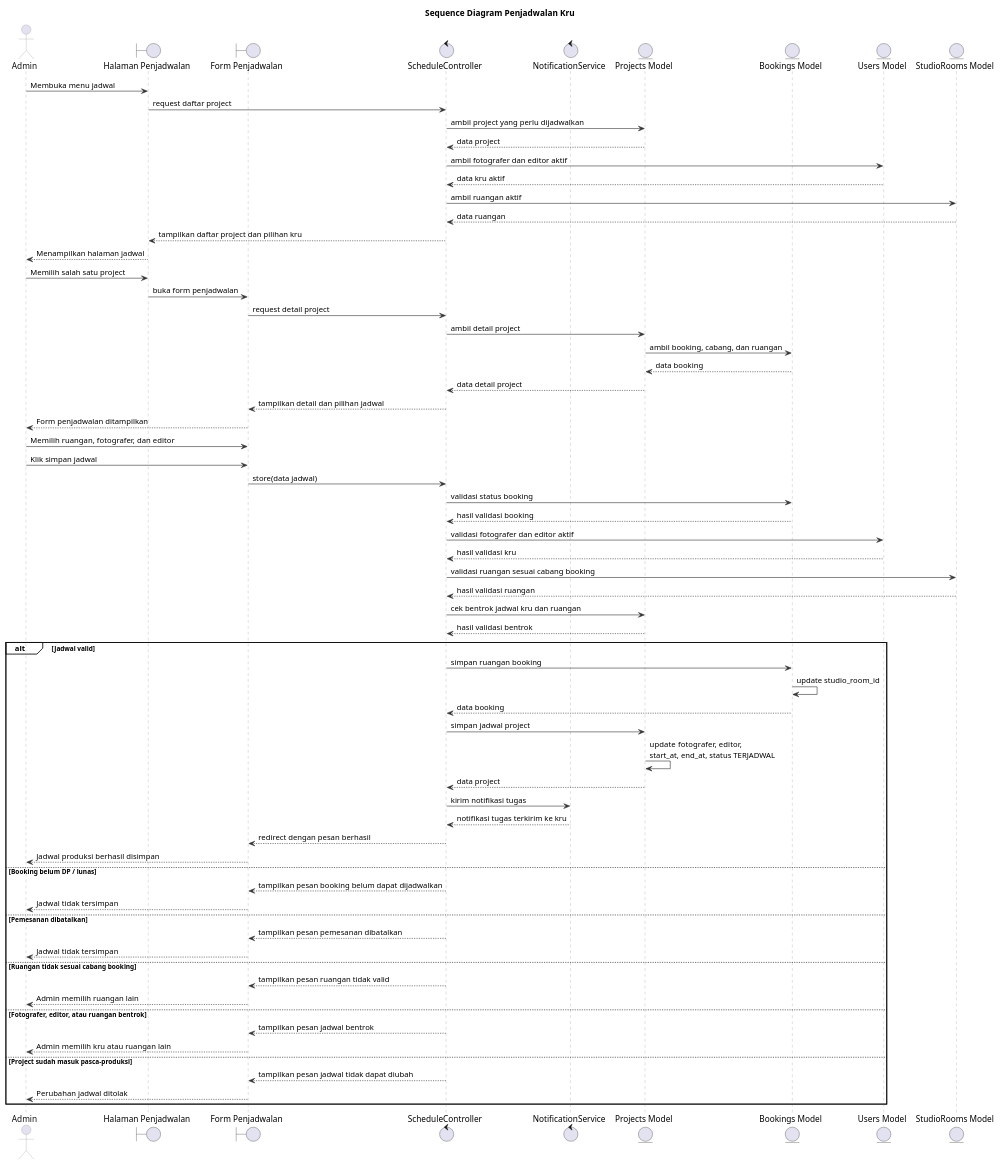
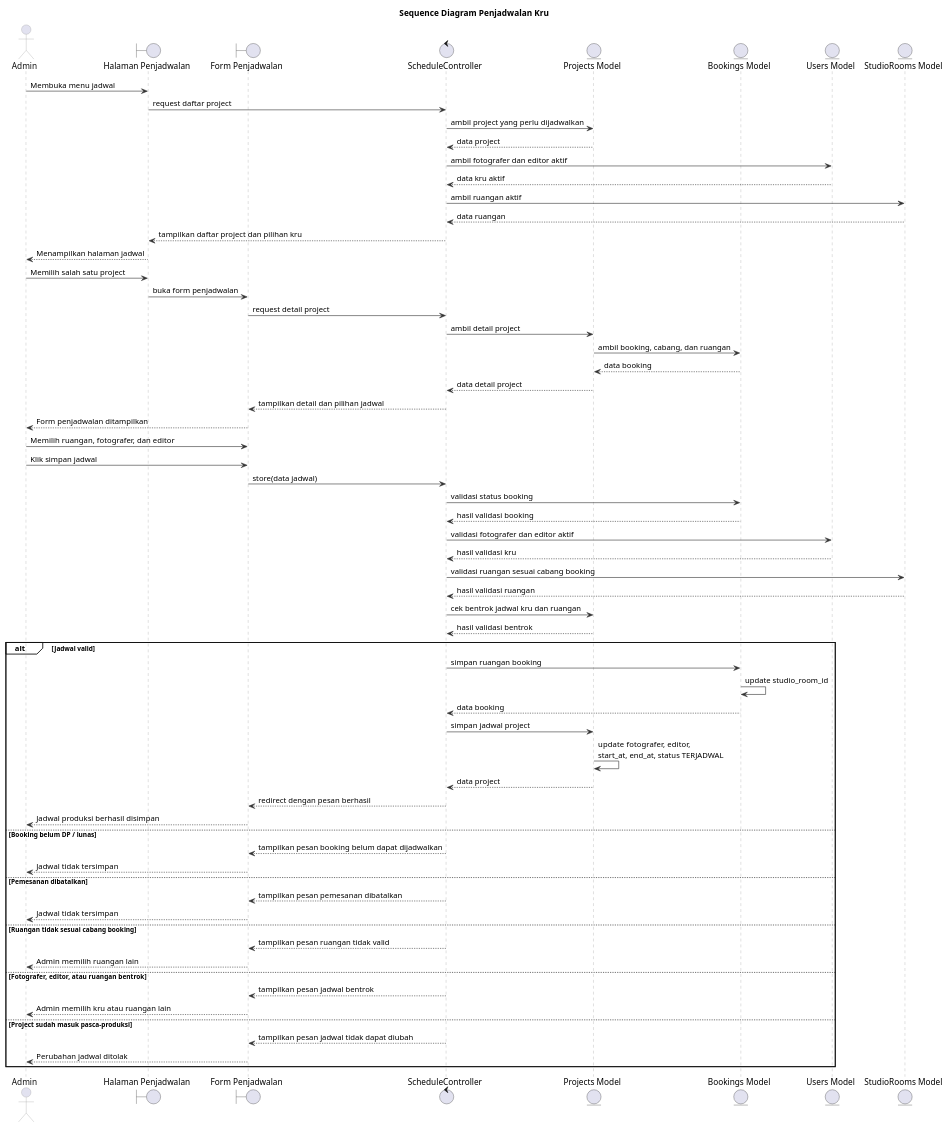
Before and after one commit to Fajrinputra/alterstudio-ta: the diagram in diagrams/sequence/sequence_penjadwalan_kru.puml, drawn with PlantUML. The commit also changed 74 other files, not shown here.

```diff
--- a/diagrams/sequence/sequence_penjadwalan_kru.puml
+++ b/diagrams/sequence/sequence_penjadwalan_kru.puml
@@ -1,95 +1,92 @@
 @startuml
 title Sequence Diagram Penjadwalan Kru
 
 skinparam backgroundColor white
 skinparam shadowing false
 skinparam BoxPadding 4
 skinparam sequence {
     ArrowColor #333333
     LifeLineBorderColor #999999
     LifeLineBackgroundColor white
     ParticipantBorderColor #999999
     ParticipantBackgroundColor #ECEEF8
     ParticipantFontColor #111111
     ActorBorderColor #999999
     ActorFontColor #111111
     BoxBorderColor #111111
     GroupBorderColor #111111
     GroupBackgroundColor transparent
     DividerBorderColor #999999
     DividerFontColor #111111
 }
 
 actor "Admin" as Admin
 boundary "Halaman Penjadwalan" as HalamanJadwal
 boundary "Form Penjadwalan" as FormJadwal
 control "ScheduleController" as ScheduleController
-control "NotificationService" as NotificationService
 entity "Projects Model" as Project
 entity "Bookings Model" as Booking
 entity "Users Model" as User
 entity "StudioRooms Model" as StudioRoom
 
 Admin -> HalamanJadwal : Membuka menu jadwal
 HalamanJadwal -> ScheduleController : request daftar project
 ScheduleController -> Project : ambil project yang perlu dijadwalkan
 Project --> ScheduleController : data project
 ScheduleController -> User : ambil fotografer dan editor aktif
 User --> ScheduleController : data kru aktif
 ScheduleController -> StudioRoom : ambil ruangan aktif
 StudioRoom --> ScheduleController : data ruangan
 ScheduleController --> HalamanJadwal : tampilkan daftar project dan pilihan kru
 HalamanJadwal --> Admin : Menampilkan halaman jadwal
 
 Admin -> HalamanJadwal : Memilih salah satu project
 HalamanJadwal -> FormJadwal : buka form penjadwalan
 FormJadwal -> ScheduleController : request detail project
 ScheduleController -> Project : ambil detail project
 Project -> Booking : ambil booking, cabang, dan ruangan
 Booking --> Project : data booking
 Project --> ScheduleController : data detail project
 ScheduleController --> FormJadwal : tampilkan detail dan pilihan jadwal
 FormJadwal --> Admin : Form penjadwalan ditampilkan
 
 Admin -> FormJadwal : Memilih ruangan, fotografer, dan editor
 Admin -> FormJadwal : Klik simpan jadwal
 FormJadwal -> ScheduleController : store(data jadwal)
 
 ScheduleController -> Booking : validasi status booking
 Booking --> ScheduleController : hasil validasi booking
 ScheduleController -> User : validasi fotografer dan editor aktif
 User --> ScheduleController : hasil validasi kru
 ScheduleController -> StudioRoom : validasi ruangan sesuai cabang booking
 StudioRoom --> ScheduleController : hasil validasi ruangan
 ScheduleController -> Project : cek bentrok jadwal kru dan ruangan
 Project --> ScheduleController : hasil validasi bentrok
 
 alt Jadwal valid
     ScheduleController -> Booking : simpan ruangan booking
     Booking -> Booking : update studio_room_id
     Booking --> ScheduleController : data booking
     ScheduleController -> Project : simpan jadwal project
     Project -> Project : update fotografer, editor,\nstart_at, end_at, status TERJADWAL
     Project --> ScheduleController : data project
-    ScheduleController -> NotificationService : kirim notifikasi tugas
-    NotificationService --> ScheduleController : notifikasi tugas terkirim ke kru
     ScheduleController --> FormJadwal : redirect dengan pesan berhasil
     FormJadwal --> Admin : Jadwal produksi berhasil disimpan
 else Booking belum DP / lunas
     ScheduleController --> FormJadwal : tampilkan pesan booking belum dapat dijadwalkan
     FormJadwal --> Admin : Jadwal tidak tersimpan
 else Pemesanan dibatalkan
     ScheduleController --> FormJadwal : tampilkan pesan pemesanan dibatalkan
     FormJadwal --> Admin : Jadwal tidak tersimpan
 else Ruangan tidak sesuai cabang booking
     ScheduleController --> FormJadwal : tampilkan pesan ruangan tidak valid
     FormJadwal --> Admin : Admin memilih ruangan lain
 else Fotografer, editor, atau ruangan bentrok
     ScheduleController --> FormJadwal : tampilkan pesan jadwal bentrok
     FormJadwal --> Admin : Admin memilih kru atau ruangan lain
 else Project sudah masuk pasca-produksi
     ScheduleController --> FormJadwal : tampilkan pesan jadwal tidak dapat diubah
     FormJadwal --> Admin : Perubahan jadwal ditolak
 end
 
 @enduml
```
